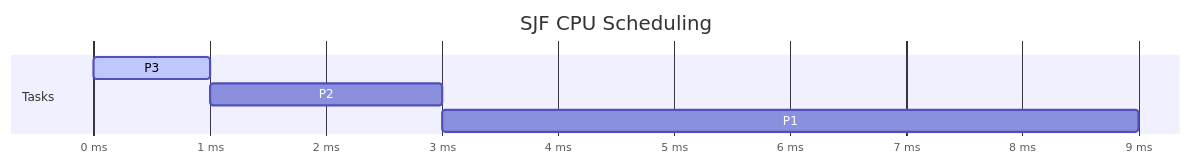
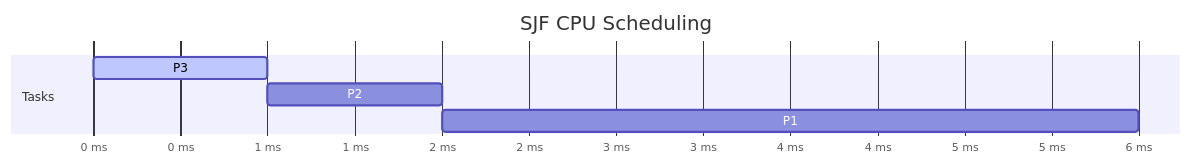
One commit to zenyyxz/Zen_dx-Notes changed the fourth of 8 diagrams in 03 - ICT/Subtopics/OS Process & Memory Management.md. Above: the diagram before and after it, drawn with Mermaid. The commit also changed other lines of this file and 1 other file, not shown here.

````diff
--- a/03 - ICT/Subtopics/OS Process & Memory Management.md
+++ b/03 - ICT/Subtopics/OS Process & Memory Management.md
@@ -69,10 +96,10 @@
 ``` mermaid
 gantt
     title SJF CPU Scheduling
     dateFormat X
     axisFormat %s ms
     section Tasks
     P3 : active, p3, 0, 1
-    P2 : p2, after p3, 3
-    P1 : p1, after p2, 9
+    P2 : p2, after p3, 2
+    P1 : p1, after p2, 6
 ```
````
